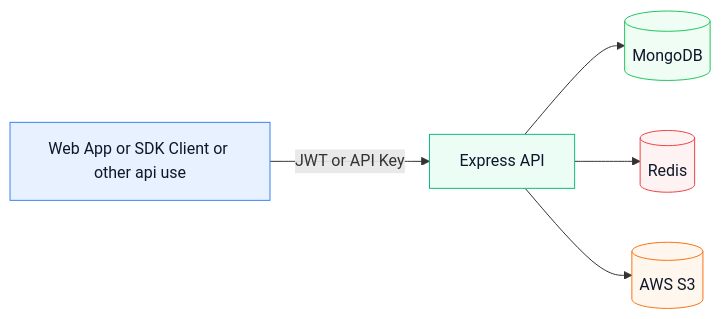
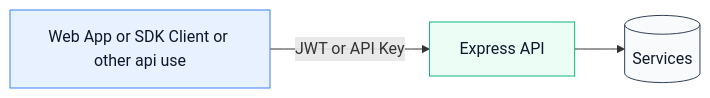
The first of 3 diagrams in README.md (AtulYadavCodes/imageflow), drawn with Mermaid before and after one commit.

````diff
--- a/README.md
+++ b/README.md
@@ -43,13 +43,9 @@
 ```mermaid
 flowchart LR
   U[Web App or SDK Client or other api use] -->|JWT or API Key| A[Express API]
-  A --> DB[(MongoDB)]
-  A --> R[(Redis)]
-  A --> S[(AWS S3)]
+  A --> SV[(Services)]
 
   style U fill:#E8F1FF,stroke:#3B82F6,color:#0F172A
   style A fill:#ECFDF5,stroke:#10B981,color:#0F172A
-  style DB fill:#F0FDF4,stroke:#22C55E,color:#0F172A
-  style R fill:#FEF2F2,stroke:#EF4444,color:#0F172A
-  style S fill:#FFF7ED,stroke:#F97316,color:#0F172A
+  style SV fill:#F8FAFC,stroke:#334155,color:#0F172A
 ```
````
